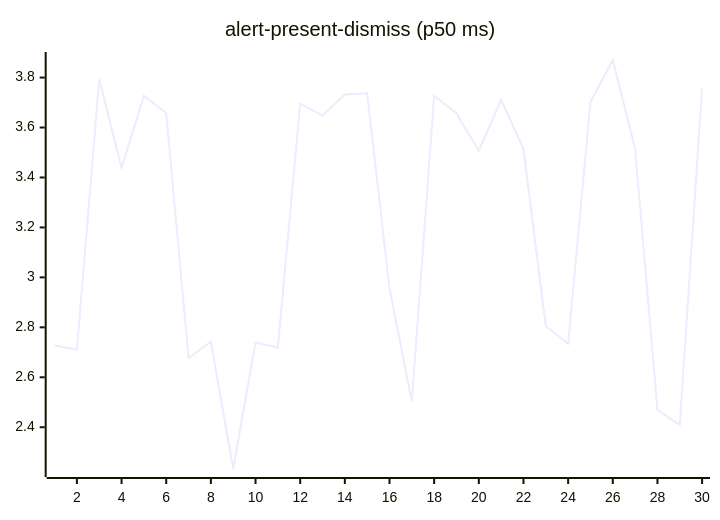
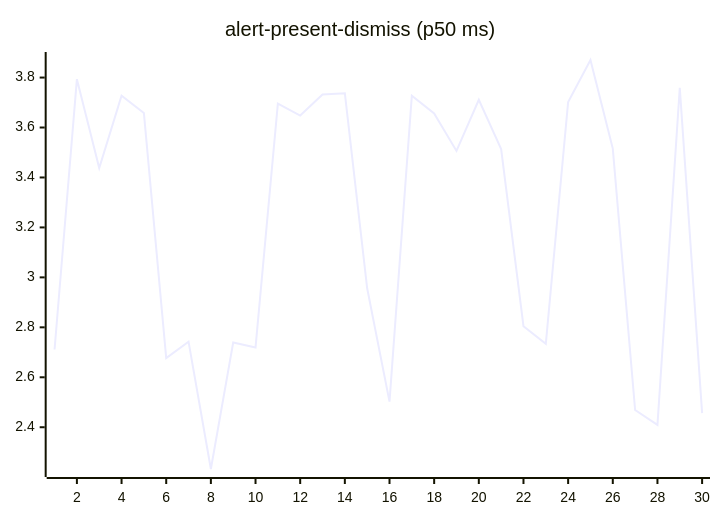
One commit to josha/Facet changed the second of 27 diagrams in README.md. Above: the diagram before and after it, drawn with Mermaid. The commit also changed other lines of this file and 2 other files, not shown here.

````diff
--- a/README.md
+++ b/README.md
@@ -70,6 +70,6 @@
 ```mermaid
 xychart-beta
     title "alert-present-dismiss (p50 ms)"
     x-axis 1 --> 30
-    line [2.7270, 2.7111, 3.7936, 3.4376, 3.7274, 3.6582, 2.6769, 2.7425, 2.2328, 2.7393, 2.7195, 3.6955, 3.6480, 3.7318, 3.7373, 2.9562, 2.5024, 3.7273, 3.6562, 3.5064, 3.7112, 3.5136, 2.8044, 2.7337, 3.7022, 3.8703, 3.5157, 2.4688, 2.4093, 3.7592]
+    line [2.7111, 3.7936, 3.4376, 3.7274, 3.6582, 2.6769, 2.7425, 2.2328, 2.7393, 2.7195, 3.6955, 3.6480, 3.7318, 3.7373, 2.9562, 2.5024, 3.7273, 3.6562, 3.5064, 3.7112, 3.5136, 2.8044, 2.7337, 3.7022, 3.8703, 3.5157, 2.4688, 2.4093, 3.7592, 2.4564]
 ```
````
